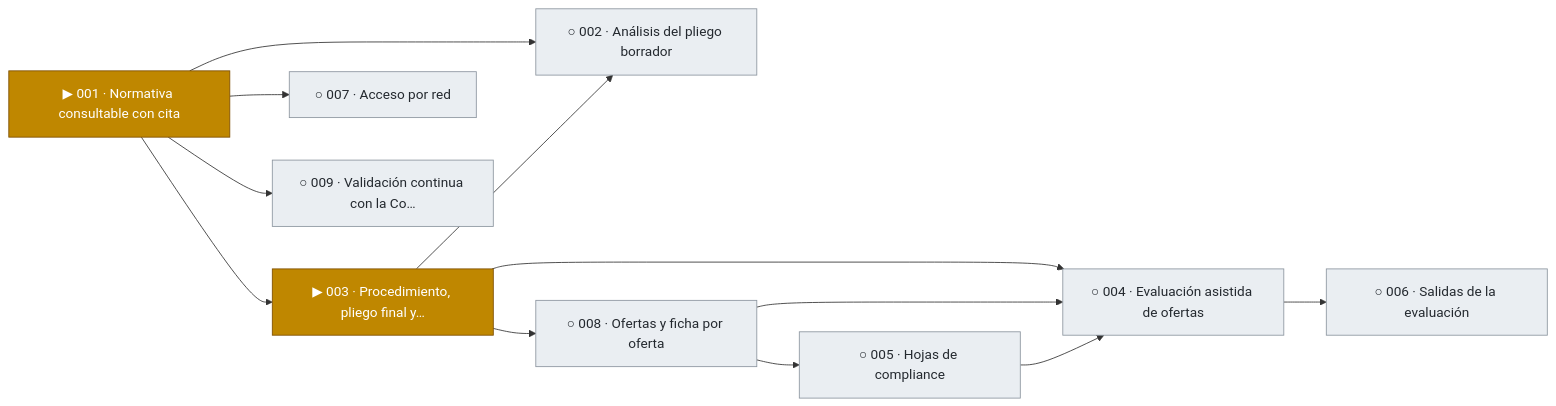
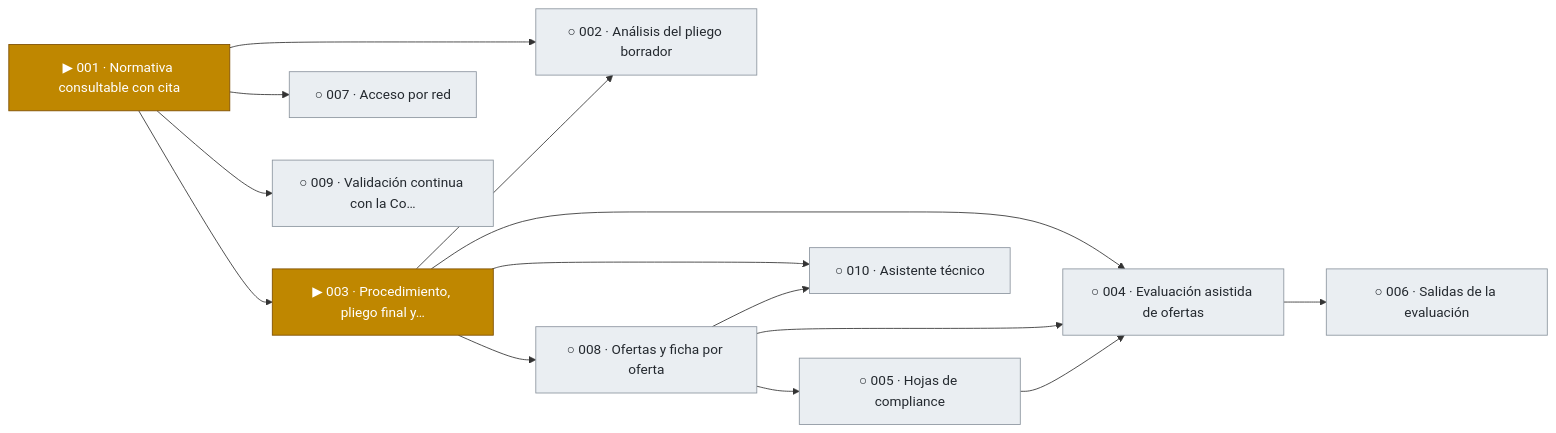
Before and after one commit to snavello/EVALUON: the first of 5 diagrams in docs/tablero.md, drawn with Mermaid. The commit also changed other lines of this file and 6 other files, not shown here.

````diff
--- a/docs/tablero.md
+++ b/docs/tablero.md
@@ -9,28 +9,31 @@
 ```mermaid
 flowchart LR
   F001["▶ 001 · Normativa consultable con cita"]:::active
   F002["○ 002 · Análisis del pliego borrador"]:::todo
   F003["▶ 003 · Procedimiento, pliego final y…"]:::active
   F004["○ 004 · Evaluación asistida de ofertas"]:::todo
   F005["○ 005 · Hojas de compliance"]:::todo
   F006["○ 006 · Salidas de la evaluación"]:::todo
   F007["○ 007 · Acceso por red"]:::todo
   F008["○ 008 · Ofertas y ficha por oferta"]:::todo
   F009["○ 009 · Validación continua con la Co…"]:::todo
+  F010["○ 010 · Asistente técnico"]:::todo
   F001 --> F002
   F003 --> F002
   F001 --> F003
   F003 --> F004
   F008 --> F004
   F005 --> F004
   F008 --> F005
   F004 --> F006
   F001 --> F007
   F003 --> F008
   F001 --> F009
+  F003 --> F010
+  F008 --> F010
   classDef done fill:#1a7f37,stroke:#116329,color:#ffffff
   classDef review fill:#0969da,stroke:#0550ae,color:#ffffff
   classDef active fill:#bf8700,stroke:#7d4e00,color:#ffffff
   classDef blocked fill:#cf222e,stroke:#a40e26,color:#ffffff
   classDef todo fill:#eaeef2,stroke:#8c959f,color:#24292f
 ```
````
